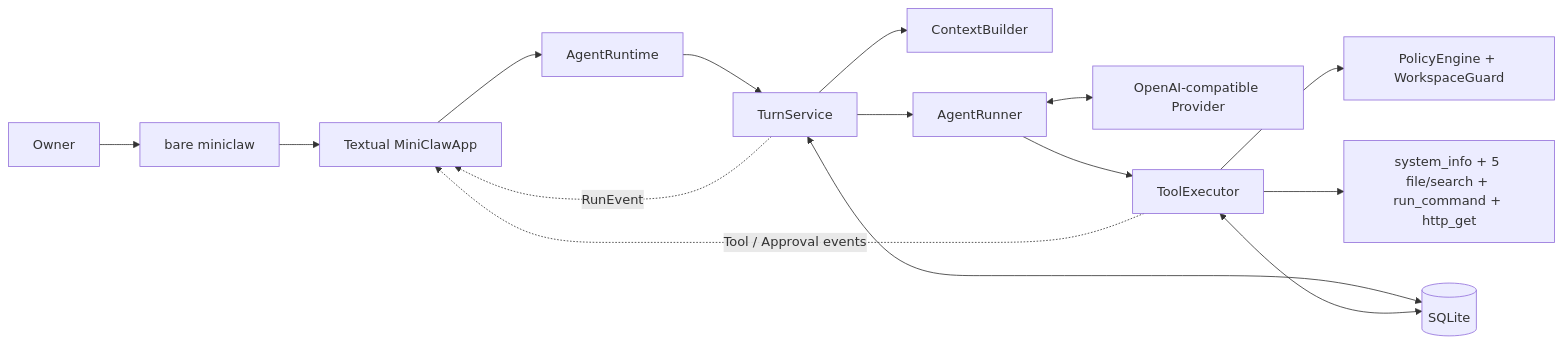
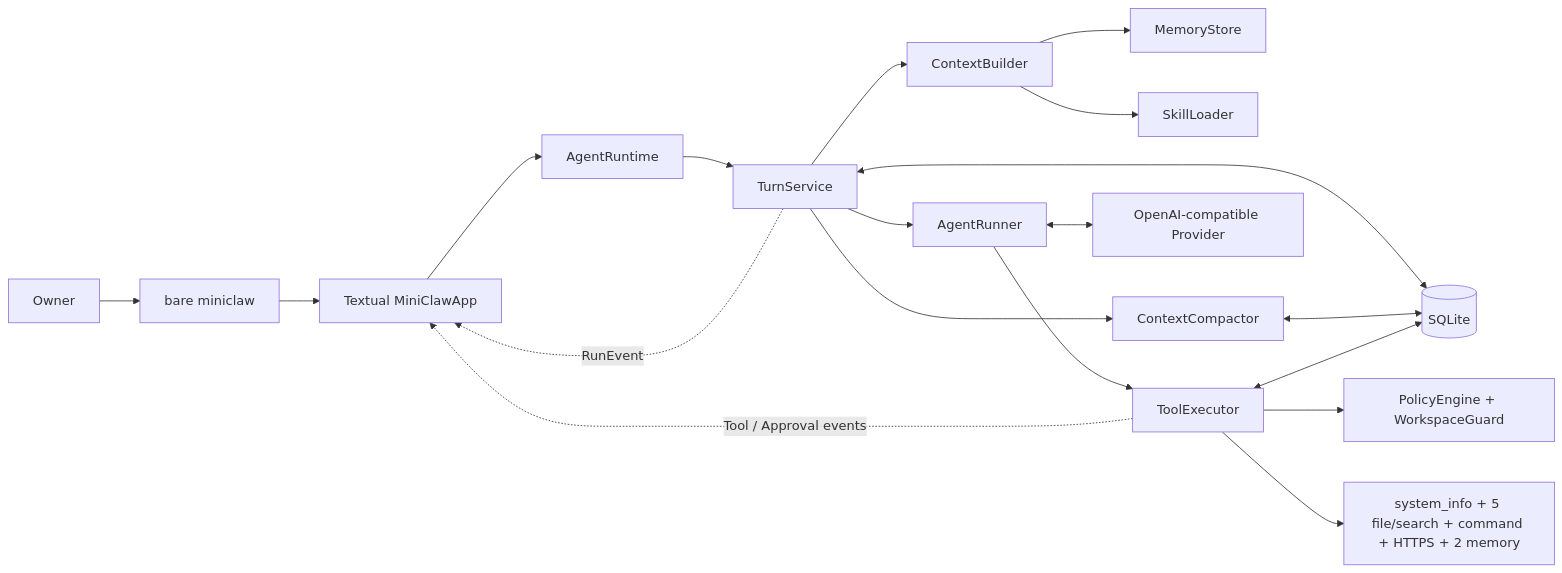
One commit to NEDONION/lobster0 changed the first of 10 diagrams in docs/architecture/20260807_系统架构.md. Above: the diagram before and after it, drawn with Mermaid. The commit also changed other lines of this file and 21 other files, not shown here.

Commit message:
docs(phase3): 同步 Memory/Skills release 与进度

````diff
--- a/docs/architecture/20260807_系统架构.md
+++ b/docs/architecture/20260807_系统架构.md
@@ -10,17 +11,21 @@
 ```mermaid
 flowchart LR
     USER["Owner"] --> CLI["bare miniclaw"]
     CLI --> APP["Textual MiniClawApp"]
     APP --> RUNTIME["AgentRuntime"]
     RUNTIME --> TURN["TurnService"]
     TURN --> CONTEXT["ContextBuilder"]
+    CONTEXT --> MEMORY["MemoryStore"]
+    CONTEXT --> SKILLS["SkillLoader"]
+    TURN --> COMPACT["ContextCompactor"]
     TURN --> RUNNER["AgentRunner"]
     RUNNER <--> PROVIDER["OpenAI-compatible Provider"]
     RUNNER --> EXECUTOR["ToolExecutor"]
     EXECUTOR --> POLICY["PolicyEngine + WorkspaceGuard"]
-    EXECUTOR --> TOOLS["system_info + 5 file/search + run_command + http_get"]
+    EXECUTOR --> TOOLS["system_info + 5 file/search + command + HTTPS + 2 memory"]
     TURN <--> DB[("SQLite")]
+    COMPACT <--> DB
     EXECUTOR <--> DB
     TURN -. "RunEvent" .-> APP
     EXECUTOR -. "Tool / Approval events" .-> APP
 ```
````
